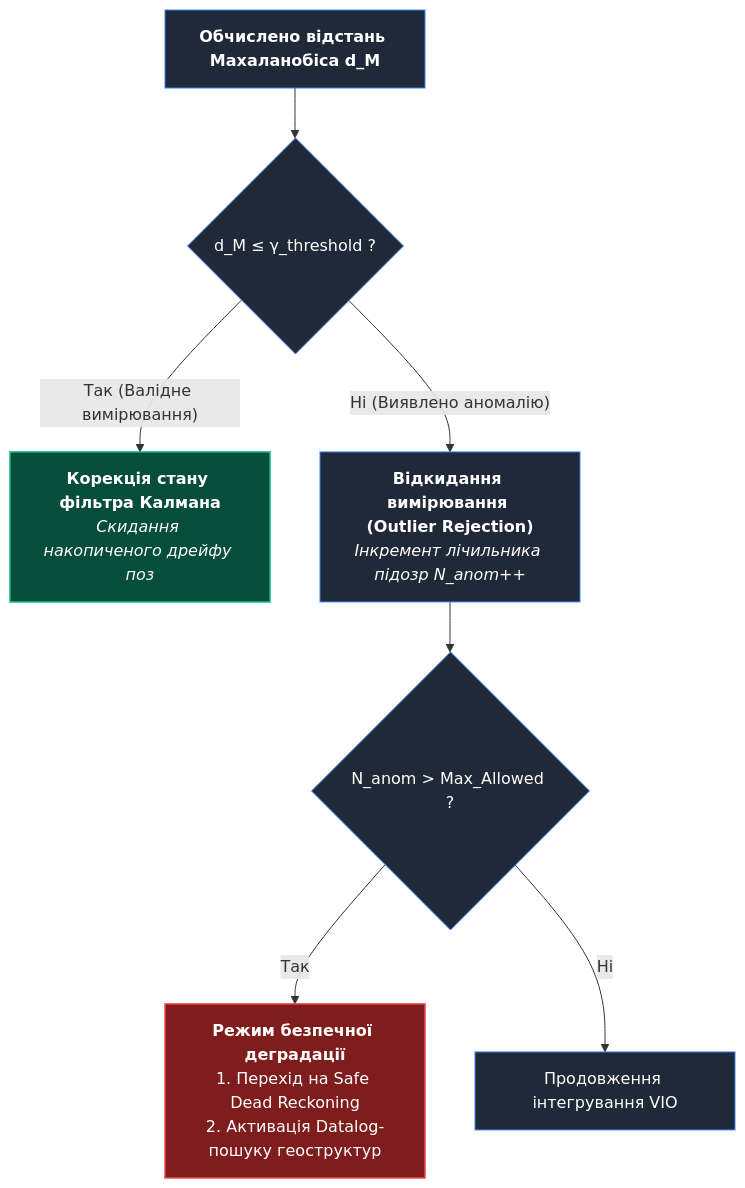
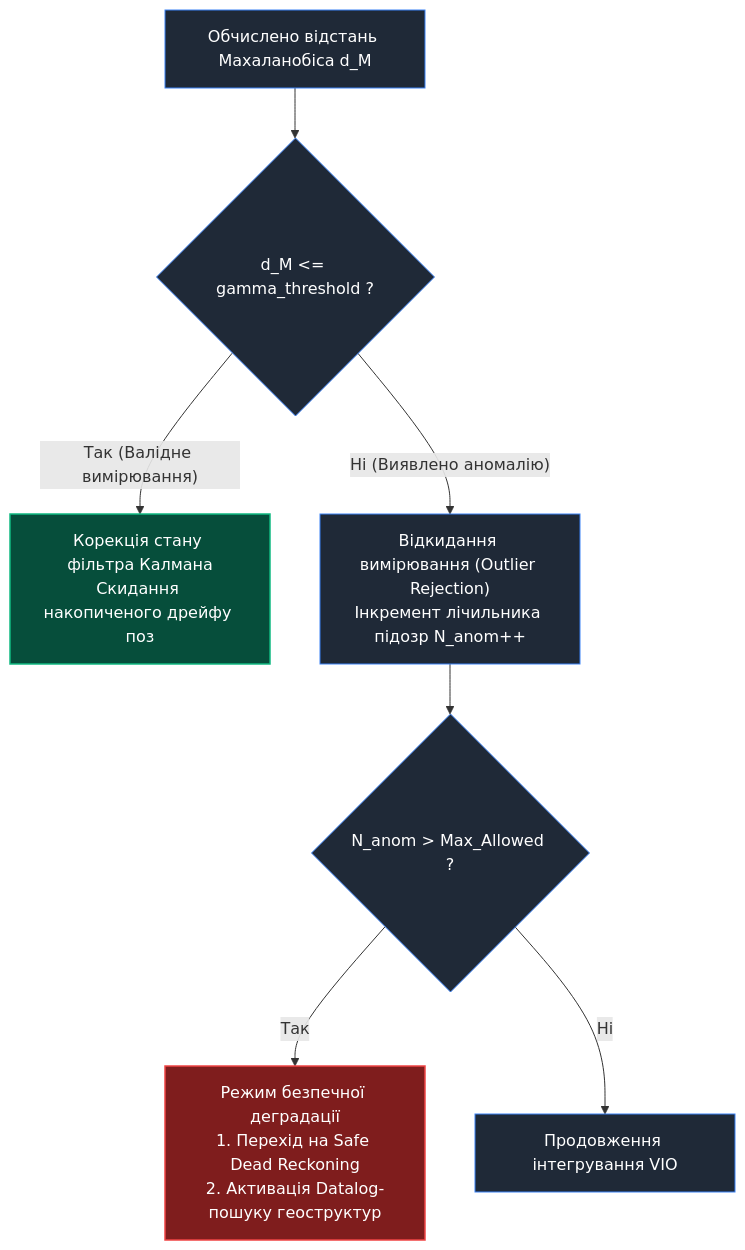
One commit to nick-fedchik/articles changed the second of 3 diagrams in MilTech/Autonomous-Navigation-GNSS-Denied-MilTech-UA.md. Above: the diagram before and after it, drawn with Mermaid. The commit also changed other lines of this file and 12 other files, not shown here.

Commit message:
Refactor MilTech articles into standalone publications, enrich cybernetics math & L1-L4 verification, and ensure pure KaTeX/Mermaid compatibility

````diff
--- a/MilTech/Autonomous-Navigation-GNSS-Denied-MilTech-UA.md
+++ b/MilTech/Autonomous-Navigation-GNSS-Denied-MilTech-UA.md
@@ -136,19 +152,19 @@
 ```mermaid
 flowchart TD
-    Calc["<b>Обчислено відстань Махаланобіса d_M</b>"]
+    Calc["Обчислено відстань Махаланобіса d_M"]
     
-    Calc --> Cond{"d_M ≤ γ_threshold ?"}
+    Calc --> Cond{"d_M <= gamma_threshold ?"}
     
-    Cond -- "Так (Валідне вимірювання)" --> Accept["<b>Корекція стану фільтра Калмана</b><br/><i>Скидання накопиченого дрейфу поз</i>"]
-    Cond -- "Ні (Виявлено аномалію)" --> Reject["<b>Відкидання вимірювання (Outlier Rejection)</b><br/><i>Інкремент лічильника підозр N_anom++</i>"]
+    Cond -- "Так (Валідне вимірювання)" --> Accept["Корекція стану фільтра Калмана<br/>Скидання накопиченого дрейфу поз"]
+    Cond -- "Ні (Виявлено аномалію)" --> Reject["Відкидання вимірювання (Outlier Rejection)<br/>Інкремент лічильника підозр N_anom++"]
     
     Reject --> CheckAnom{"N_anom > Max_Allowed ?"}
-    CheckAnom -- "Так" --> Fallback["<b>Режим безпечної деградації</b><br/>1. Перехід на Safe Dead Reckoning<br/>2. Активація Datalog-пошуку геоструктур"]
+    CheckAnom -- "Так" --> Fallback["Режим безпечної деградації<br/>1. Перехід на Safe Dead Reckoning<br/>2. Активація Datalog-пошуку геоструктур"]
     CheckAnom -- "Ні" --> Continue["Продовження інтегрування VIO"]
     
     classDef default fill:#1f2937,stroke:#3b82f6,stroke-width:1px,color:#fff;
     classDef alertNode fill:#7f1d1d,stroke:#ef4444,stroke-width:1.5px,color:#fff;
     classDef okNode fill:#064e3b,stroke:#10b981,stroke-width:1.5px,color:#fff;
     class Accept okNode;
     class Fallback alertNode;
 ```
````
